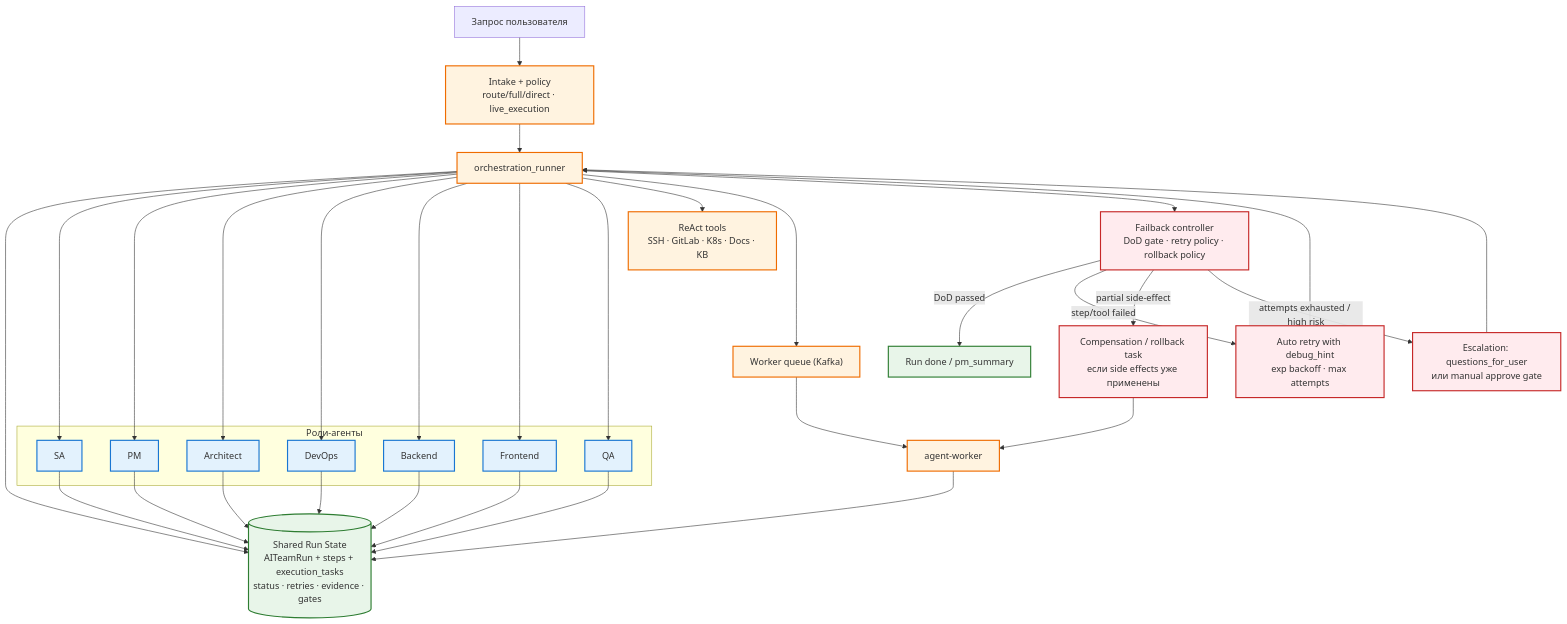
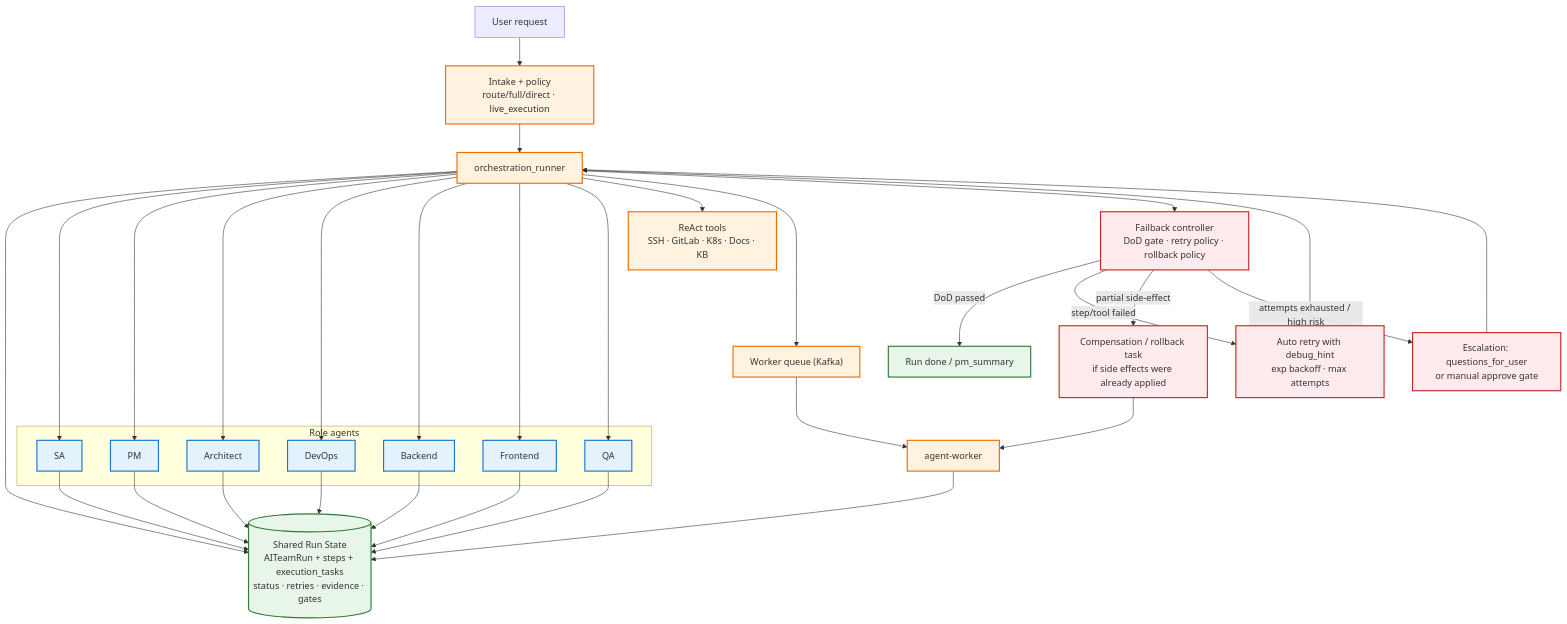
One commit to sergey-show/lambot-platform changed the sixth of 17 diagrams in Architecture.md. Above: the diagram before and after it, drawn with Mermaid. The commit also changed other lines of this file and 119 other files, not shown here.

````diff
--- a/Architecture.md
+++ b/Architecture.md
@@ -281,54 +281,54 @@
 ```mermaid
 flowchart TB
   classDef control fill:#fff3e0,stroke:#ef6c00,stroke-width:2px
   classDef state fill:#e8f5e9,stroke:#2e7d32,stroke-width:2px
   classDef agent fill:#e3f2fd,stroke:#1976d2,stroke-width:2px
   classDef fail fill:#ffebee,stroke:#c62828,stroke-width:2px
 
-  USER["Запрос пользователя"]
+  USER["User request"]
   INTAKE["Intake + policy<br/>route/full/direct · live_execution"]:::control
   ORCH["orchestration_runner"]:::control
   STATE[("Shared Run State<br/>AITeamRun + steps + execution_tasks<br/>status · retries · evidence · gates")]:::state
 
-  subgraph TEAM["Роли-агенты"]
+  subgraph TEAM["Role agents"]
     SA["SA"]:::agent
     PM["PM"]:::agent
     AR["Architect"]:::agent
     DO["DevOps"]:::agent
     BE["Backend"]:::agent
     FE["Frontend"]:::agent
     QA["QA"]:::agent
   end
 
   TOOLS["ReAct tools<br/>SSH · GitLab · K8s · Docs · KB"]:::control
   WQ["Worker queue (Kafka)"]:::control
   WRK["agent-worker"]:::control
 
   FB["Failback controller<br/>DoD gate · retry policy · rollback policy"]:::fail
   RETRY["Auto retry with debug_hint<br/>exp backoff · max attempts"]:::fail
-  ROLLBACK["Compensation / rollback task<br/>если side effects уже применены"]:::fail
-  ESC["Escalation: questions_for_user<br/>или manual approve gate"]:::fail
+  ROLLBACK["Compensation / rollback task<br/>if side effects were already applied"]:::fail
+  ESC["Escalation: questions_for_user<br/>or manual approve gate"]:::fail
   DONE["Run done / pm_summary"]:::state
 
   USER --> INTAKE --> ORCH
   ORCH --> STATE
   ORCH --> SA --> STATE
   ORCH --> PM --> STATE
   ORCH --> AR --> STATE
   ORCH --> DO --> STATE
   ORCH --> BE --> STATE
   ORCH --> FE --> STATE
   ORCH --> QA --> STATE
 
   ORCH --> TOOLS
   ORCH --> WQ --> WRK --> STATE
 
   ORCH --> FB
   FB -->|DoD passed| DONE
   FB -->|step/tool failed| RETRY
   RETRY --> ORCH
   FB -->|partial side-effect| ROLLBACK
   ROLLBACK --> WRK
   FB -->|attempts exhausted / high risk| ESC
   ESC --> ORCH
 ```
````
